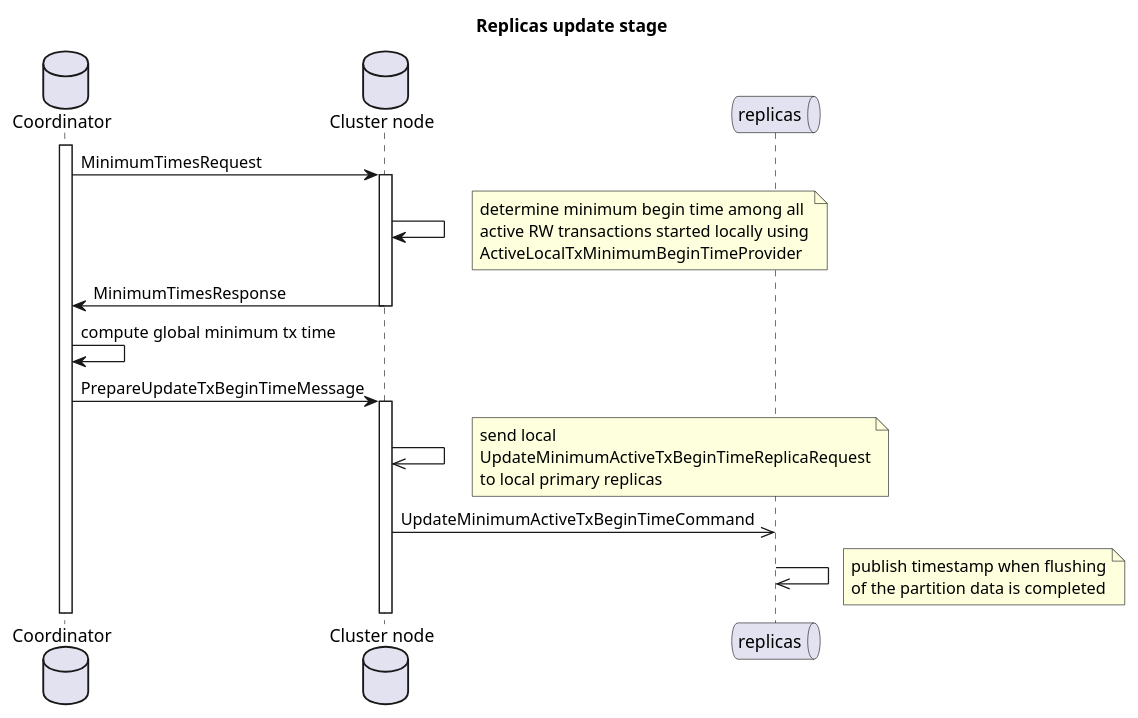
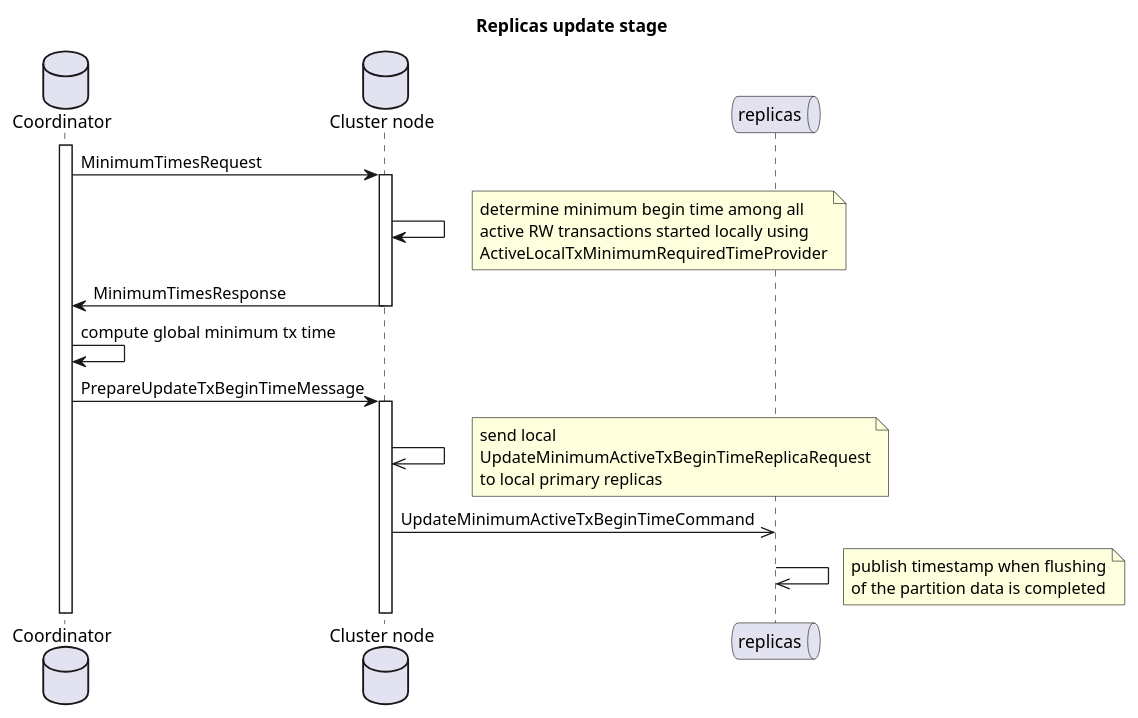
Before and after one commit to apache/ignite-3: the diagram in modules/catalog-compaction/tech-notes/replicas-update.puml, drawn with PlantUML. The commit also changed 5 other files, not shown here.

```diff
--- a/modules/catalog-compaction/tech-notes/replicas-update.puml
+++ b/modules/catalog-compaction/tech-notes/replicas-update.puml
@@ -1,35 +1,35 @@
 @startuml
 title Replicas update stage
 
 database Coordinator as crd
 database "Cluster node" as node
 queue replicas as replicas
 
 activate crd
 
 crd -> node ++ : MinimumTimesRequest
 node -> node
 note right
   determine minimum begin time among all
   active RW transactions started locally using
-  ActiveLocalTxMinimumBeginTimeProvider
+  ActiveLocalTxMinimumRequiredTimeProvider
 end note
 node -> crd -- : MinimumTimesResponse
 
 crd -> crd : compute global minimum tx time
 
 crd -> node ++ : PrepareUpdateTxBeginTimeMessage
 node ->> node
 note right
   send local
   UpdateMinimumActiveTxBeginTimeReplicaRequest
   to local primary replicas
 end note
 node ->> replicas : UpdateMinimumActiveTxBeginTimeCommand
 replicas ->> replicas
 note right
   publish timestamp when flushing
   of the partition data is completed
 end note
 
 @enduml
```
